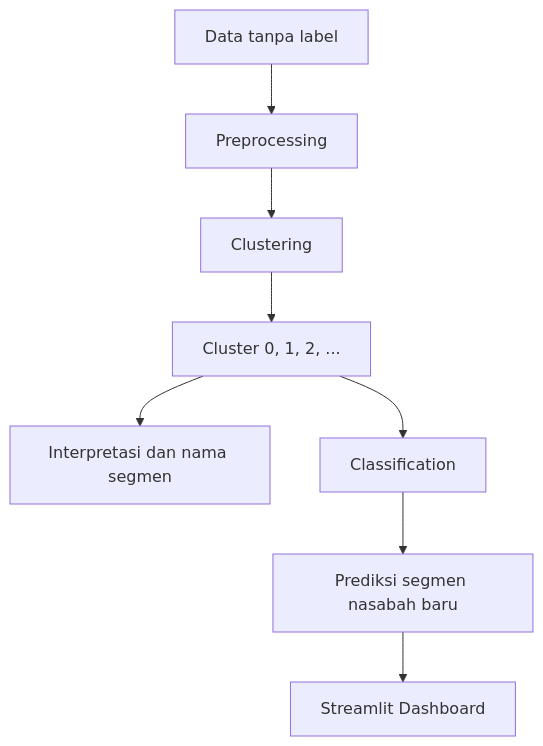
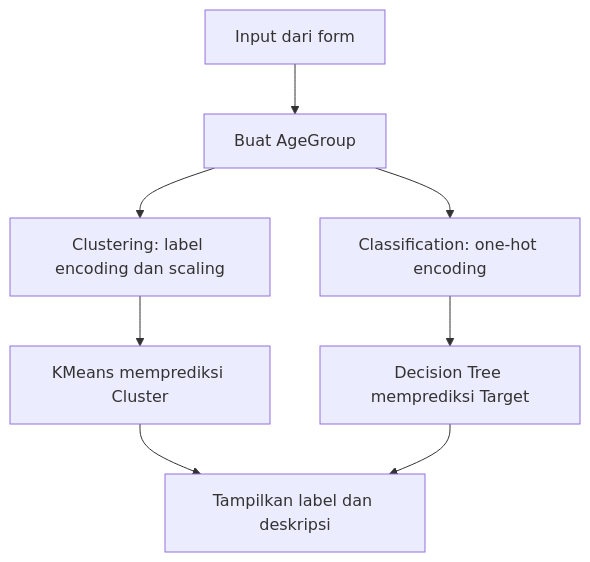
Before and after one commit to muchammadwr/bank-segmentation-customers: the diagram in README.md, drawn with Mermaid.

Commit message:
Update project workflow diagram in README

````diff
--- a/README.md
+++ b/README.md
@@ -25,10 +25,10 @@
 ```mermaid
 flowchart TD
-    A["Data tanpa label"] --> B["Preprocessing"]
-    B --> C["Clustering"]
-    C --> D["Cluster 0, 1, 2, ..."]
-    D --> E["Interpretasi dan nama segmen"]
-    D --> F["Classification"]
-    F --> G["Prediksi segmen nasabah baru"]
-    G --> H["Streamlit Dashboard"]
+    A["Input dari form"] --> B["Buat AgeGroup"]
+    B --> C["Clustering: label encoding dan scaling"]
+    B --> D["Classification: one-hot encoding"]
+    C --> E["KMeans memprediksi Cluster"]
+    D --> F["Decision Tree memprediksi Target"]
+    E --> G["Tampilkan label dan deskripsi"]
+    F --> G
 ```
````
